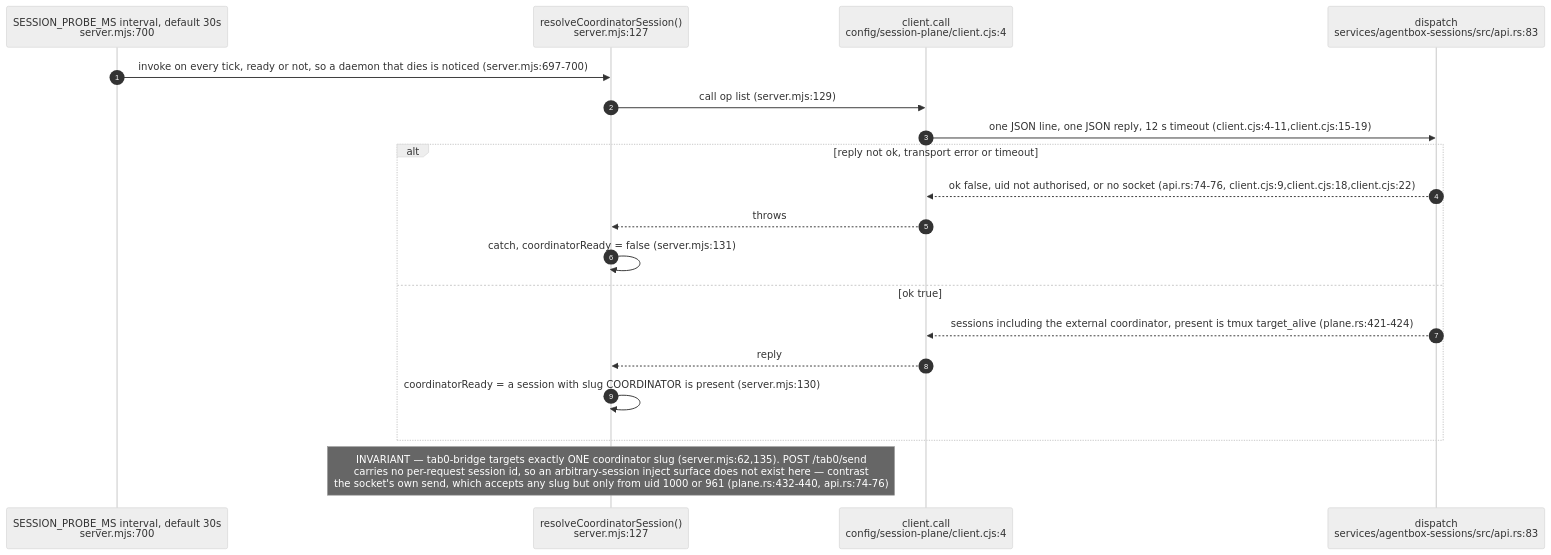
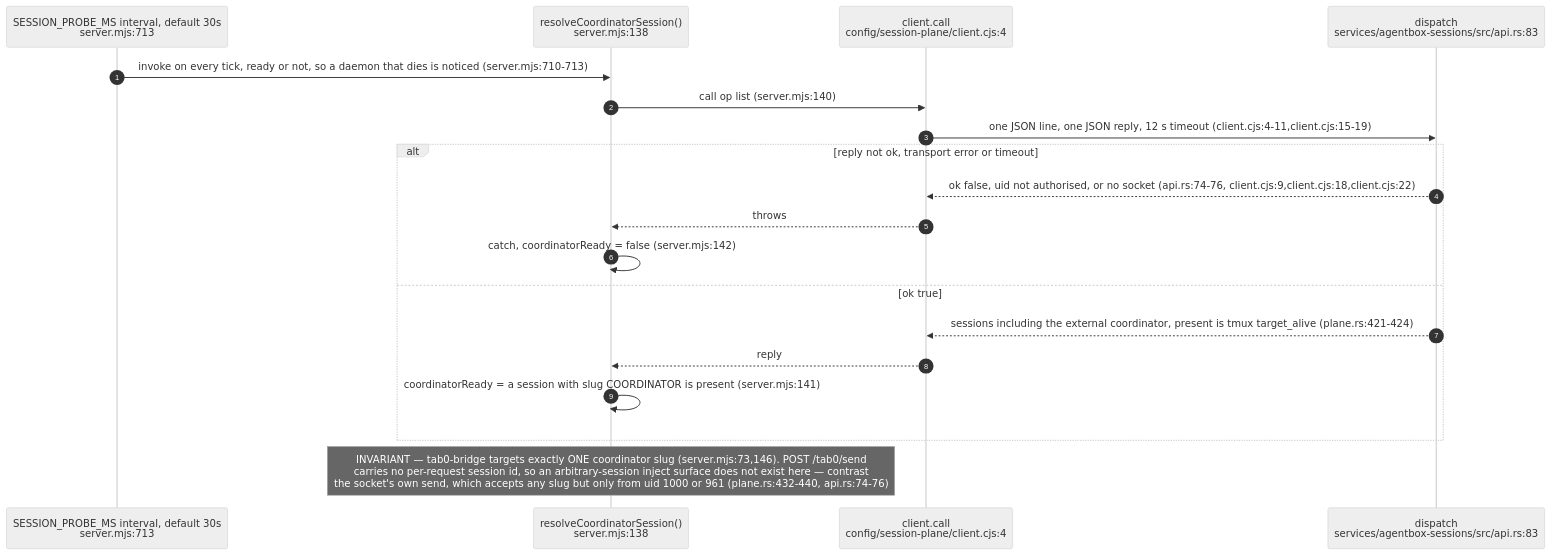
One commit to DreamLab-AI/VisionFlow changed the fourth of 12 diagrams in docs/diagrams/agentbox/12-tab0-bridge-and-interaction-plane.md. Above: the diagram before and after it, drawn with Mermaid (neutral theme). The commit also changed other lines of this file and 8 other files, not shown here.

First line of the commit message:
docs(diagrams): re-verify the NIP-98 proxy topics and the custody counts at agentbox 0693c761c (VF-DIAGRAM-NIP98-DRIFT)

````diff
--- a/docs/diagrams/agentbox/12-tab0-bridge-and-interaction-plane.md
+++ b/docs/diagrams/agentbox/12-tab0-bridge-and-interaction-plane.md
@@ -173,22 +173,22 @@
 ```mermaid
 sequenceDiagram
     autonumber
-    participant Ti as SESSION_PROBE_MS interval, default 30s<br/>server.mjs:700
-    participant R as resolveCoordinatorSession()<br/>server.mjs:127
+    participant Ti as SESSION_PROBE_MS interval, default 30s<br/>server.mjs:713
+    participant R as resolveCoordinatorSession()<br/>server.mjs:138
     participant Cl as client.call<br/>config/session-plane/client.cjs:4
     participant Sock as dispatch<br/>services/agentbox-sessions/src/api.rs:83
 
-    Ti->>R: invoke on every tick, ready or not, so a daemon that dies is noticed (server.mjs:697-700)
-    R->>Cl: call op list (server.mjs:129)
+    Ti->>R: invoke on every tick, ready or not, so a daemon that dies is noticed (server.mjs:710-713)
+    R->>Cl: call op list (server.mjs:140)
     Cl->>Sock: one JSON line, one JSON reply, 12 s timeout (client.cjs:4-11,client.cjs:15-19)
     alt reply not ok, transport error or timeout
         Sock-->>Cl: ok false, uid not authorised, or no socket (api.rs:74-76, client.cjs:9,client.cjs:18,client.cjs:22)
         Cl-->>R: throws
-        R->>R: catch, coordinatorReady = false (server.mjs:131)
+        R->>R: catch, coordinatorReady = false (server.mjs:142)
     else ok true
         Sock-->>Cl: sessions including the external coordinator, present is tmux target_alive (plane.rs:421-424)
         Cl-->>R: reply
-        R->>R: coordinatorReady = a session with slug COORDINATOR is present (server.mjs:130)
+        R->>R: coordinatorReady = a session with slug COORDINATOR is present (server.mjs:141)
     end
-Note over R: INVARIANT — tab0-bridge targets exactly ONE coordinator slug (server.mjs:62,135). POST /tab0/send<br/>carries no per-request session id, so an arbitrary-session inject surface does not exist here — contrast<br/>the socket's own send, which accepts any slug but only from uid 1000 or 961 (plane.rs:432-440, api.rs:74-76)
+Note over R: INVARIANT — tab0-bridge targets exactly ONE coordinator slug (server.mjs:73,146). POST /tab0/send<br/>carries no per-request session id, so an arbitrary-session inject surface does not exist here — contrast<br/>the socket's own send, which accepts any slug but only from uid 1000 or 961 (plane.rs:432-440, api.rs:74-76)
 ```
````
